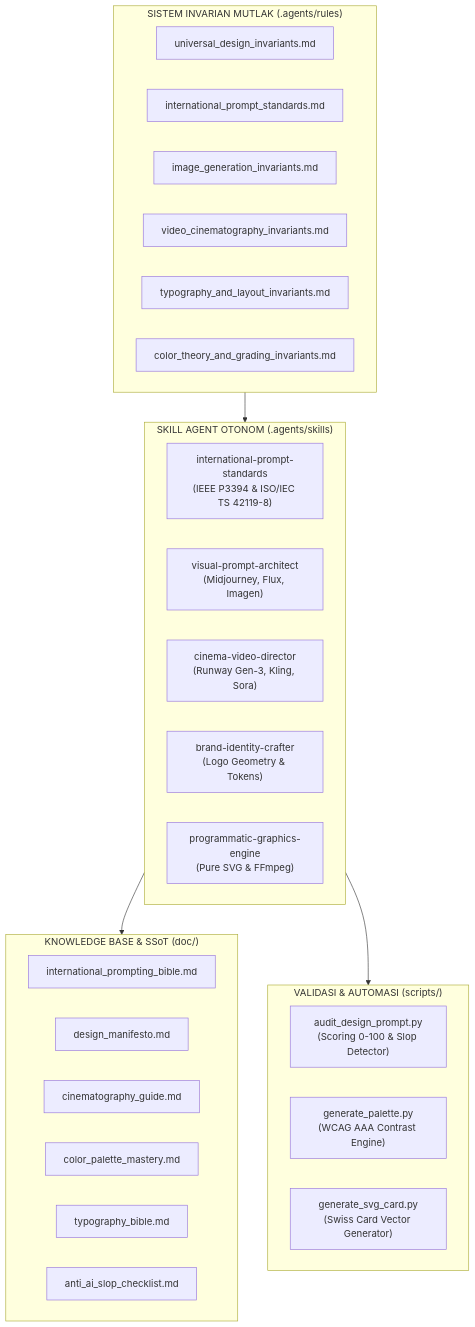
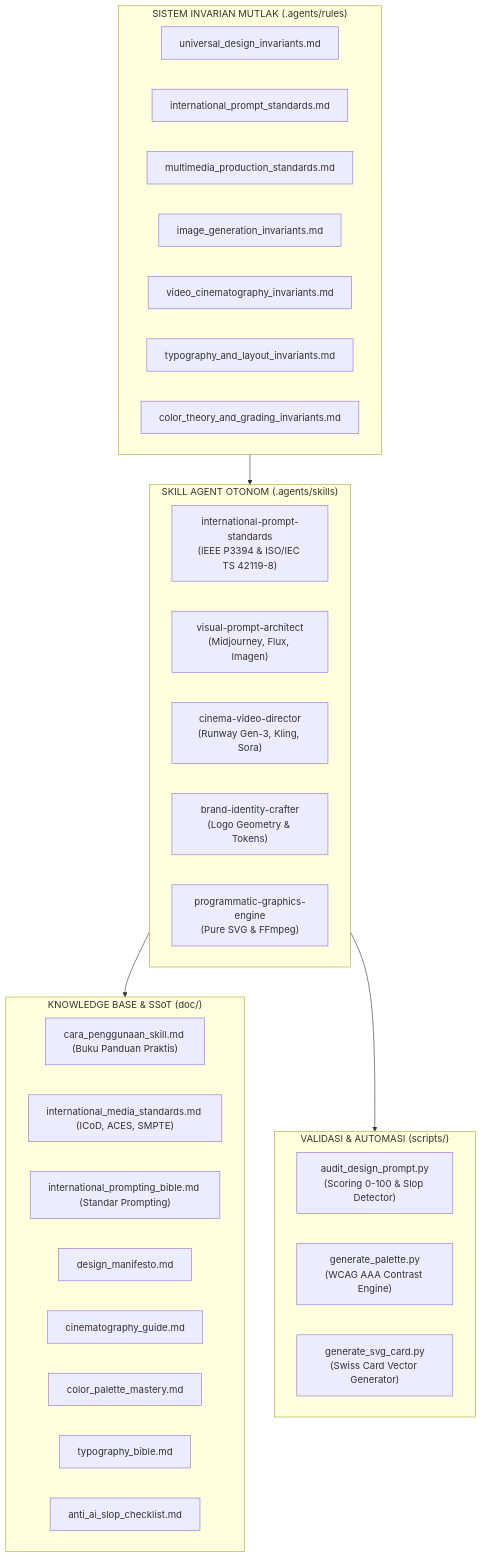
One commit to misbahudin98/desain-grafis changed the diagram in README.md. Above: the diagram before and after it, drawn with Mermaid. The commit also changed other lines of this file and 6 other files, not shown here.

Commit message:
feat(media-standards): establish international multimedia production standards rule, SSoT guide, and comprehensive user playbook

````diff
--- a/README.md
+++ b/README.md
@@ -22,38 +22,41 @@
 ```mermaid
 flowchart TD
     subgraph Core ["SISTEM INVARIAN MUTLAK (.agents/rules)"]
         R1["universal_design_invariants.md"]
         R2["international_prompt_standards.md"]
-        R3["image_generation_invariants.md"]
-        R4["video_cinematography_invariants.md"]
-        R5["typography_and_layout_invariants.md"]
-        R6["color_theory_and_grading_invariants.md"]
+        R3["multimedia_production_standards.md"]
+        R4["image_generation_invariants.md"]
+        R5["video_cinematography_invariants.md"]
+        R6["typography_and_layout_invariants.md"]
+        R7["color_theory_and_grading_invariants.md"]
     end
 
     subgraph Skills ["SKILL AGENT OTONOM (.agents/skills)"]
         S1["international-prompt-standards<br/>(IEEE P3394 & ISO/IEC TS 42119-8)"]
         S2["visual-prompt-architect<br/>(Midjourney, Flux, Imagen)"]
         S3["cinema-video-director<br/>(Runway Gen-3, Kling, Sora)"]
         S4["brand-identity-crafter<br/>(Logo Geometry & Tokens)"]
         S5["programmatic-graphics-engine<br/>(Pure SVG & FFmpeg)"]
     end
 
     subgraph Knowledge ["KNOWLEDGE BASE & SSoT (doc/)"]
-        D1["international_prompting_bible.md"]
-        D2["design_manifesto.md"]
-        D3["cinematography_guide.md"]
-        D4["color_palette_mastery.md"]
-        D5["typography_bible.md"]
-        D6["anti_ai_slop_checklist.md"]
+        D1["cara_penggunaan_skill.md (Buku Panduan Praktis)"]
+        D2["international_media_standards.md (ICoD, ACES, SMPTE)"]
+        D3["international_prompting_bible.md (Standar Prompting)"]
+        D4["design_manifesto.md"]
+        D5["cinematography_guide.md"]
+        D6["color_palette_mastery.md"]
+        D7["typography_bible.md"]
+        D8["anti_ai_slop_checklist.md"]
     end
 
     subgraph Automation ["VALIDASI & AUTOMASI (scripts/)"]
         SC1["audit_design_prompt.py<br/>(Scoring 0-100 & Slop Detector)"]
         SC2["generate_palette.py<br/>(WCAG AAA Contrast Engine)"]
         SC3["generate_svg_card.py<br/>(Swiss Card Vector Generator)"]
     end
 
     Core --> Skills
     Skills --> Knowledge
     Skills --> Automation
 ```
````
